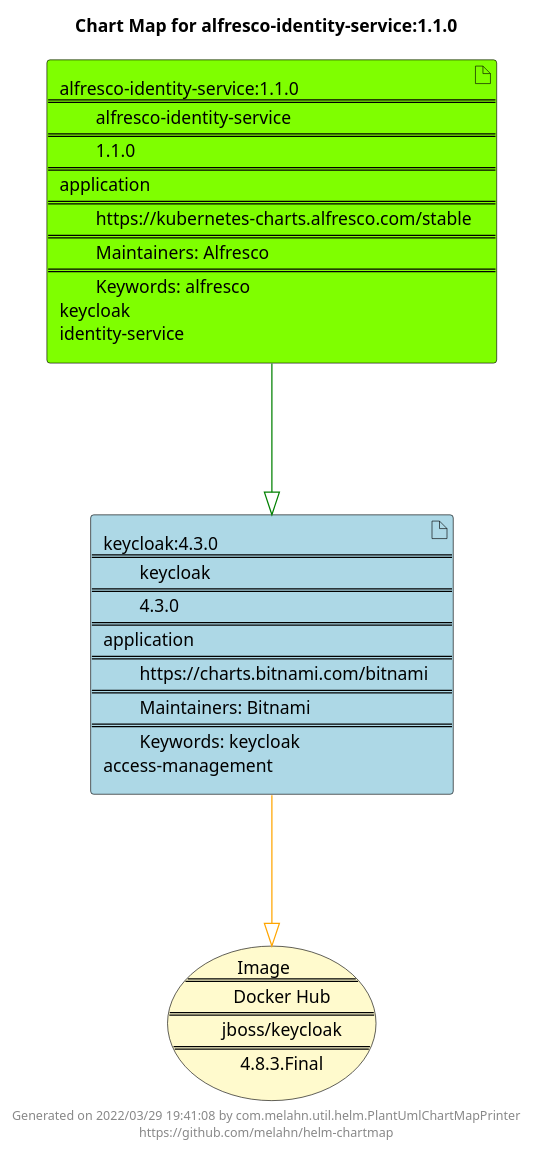
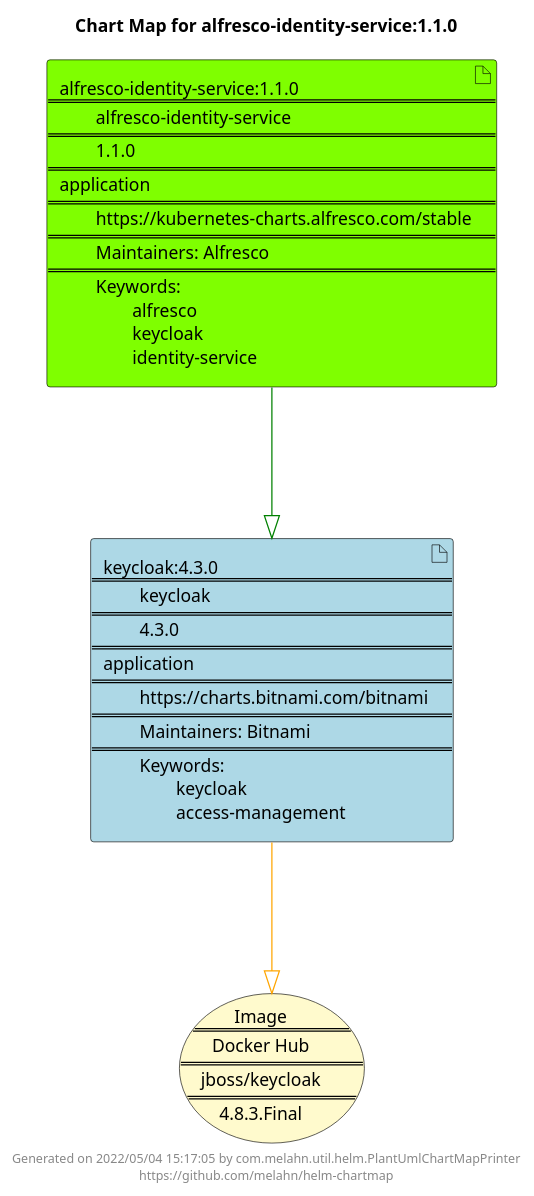
The diagram in docs/alfresco-identity-service/alfresco-identity-service-1.1.0.puml (melahn/helm-chartmap), drawn with PlantUML before and after one commit. The commit also changed 55 other files, not shown here.

Commit message:
Update Example Chart Maps as part of GitHub build

```diff
--- a/docs/alfresco-identity-service/alfresco-identity-service-1.1.0.puml
+++ b/docs/alfresco-identity-service/alfresco-identity-service-1.1.0.puml
@@ -1,23 +1,23 @@
 @startuml
 skinparam linetype ortho
 skinparam backgroundColor white
 skinparam usecaseBorderColor black
 skinparam usecaseArrowColor LightSlateGray
 skinparam artifactBorderColor black
 skinparam artifactArrowColor LightSlateGray
 
 title Chart Map for alfresco-identity-service:1.1.0
 
 'There are 2 referenced Helm Charts
-artifact "alfresco-identity-service:1.1.0\n====\n\talfresco-identity-service\n====\n\t1.1.0\n====\napplication\n====\n\thttps://kubernetes-charts.alfresco.com/stable\n====\n\tMaintainers: Alfresco\n====\n\tKeywords: alfresco\nkeycloak\nidentity-service" as alfresco_identity_service_1_1_0 #Chartreuse
-artifact "keycloak:4.3.0\n====\n\tkeycloak\n====\n\t4.3.0\n====\napplication\n====\n\thttps://charts.bitnami.com/bitnami\n====\n\tMaintainers: Bitnami\n====\n\tKeywords: keycloak\naccess-management" as keycloak_4_3_0 #LightBlue
+artifact "alfresco-identity-service:1.1.0\n====\n\talfresco-identity-service\n====\n\t1.1.0\n====\napplication\n====\n\thttps://kubernetes-charts.alfresco.com/stable\n====\n\tMaintainers: Alfresco\n====\n\tKeywords: \n\t\talfresco\n\t\tkeycloak\n\t\tidentity-service" as alfresco_identity_service_1_1_0 #Chartreuse
+artifact "keycloak:4.3.0\n====\n\tkeycloak\n====\n\t4.3.0\n====\napplication\n====\n\thttps://charts.bitnami.com/bitnami\n====\n\tMaintainers: Bitnami\n====\n\tKeywords: \n\t\tkeycloak\n\t\taccess-management" as keycloak_4_3_0 #LightBlue
 
 'There is one referenced Docker Image
-usecase "Image\n====\n\tDocker Hub\n====\n\tjboss/keycloak\n====\n\t4.8.3.Final" as jboss_keycloak_4_8_3_Final #LemonChiffon
+usecase "Image\n====\nDocker Hub\n====\njboss/keycloak\n====\n4.8.3.Final" as jboss_keycloak_4_8_3_Final #LemonChiffon
 
 'Chart Dependencies
 alfresco_identity_service_1_1_0--[#green]-|>keycloak_4_3_0
 keycloak_4_3_0--[#orange]-|>jboss_keycloak_4_8_3_Final
 
-center footer Generated on 2022/03/29 19:41:08 by com.melahn.util.helm.PlantUmlChartMapPrinter\nhttps://github.com/melahn/helm-chartmap
+center footer Generated on 2022/05/04 15:17:05 by com.melahn.util.helm.PlantUmlChartMapPrinter\nhttps://github.com/melahn/helm-chartmap
 @enduml
```
